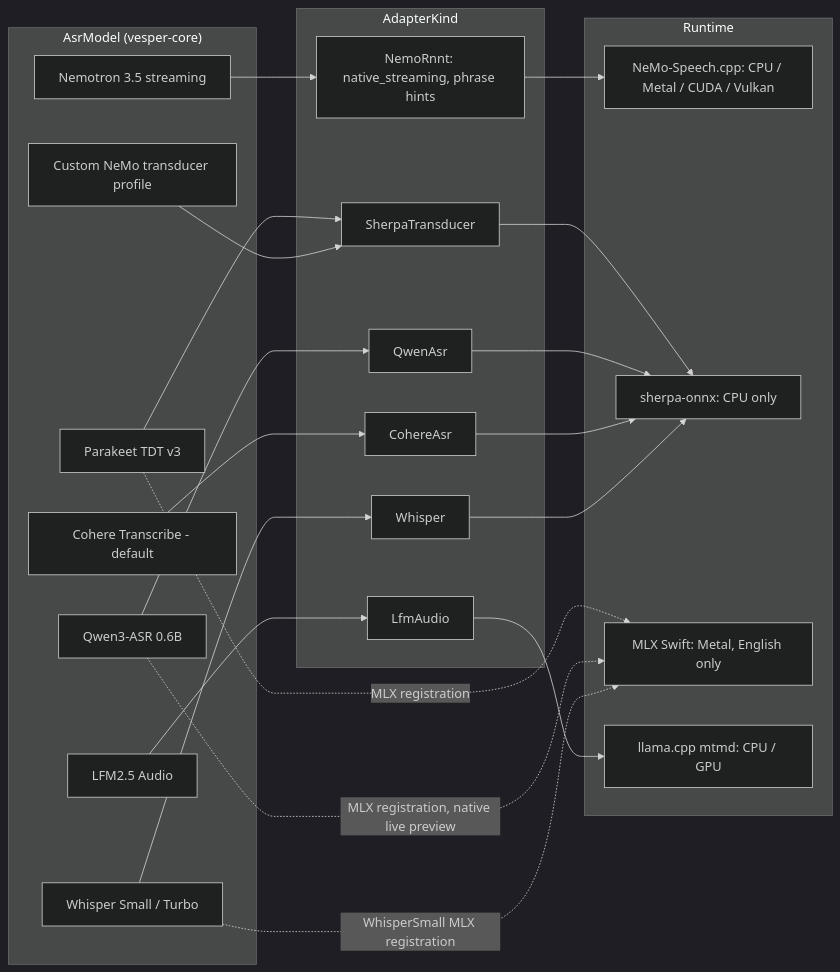
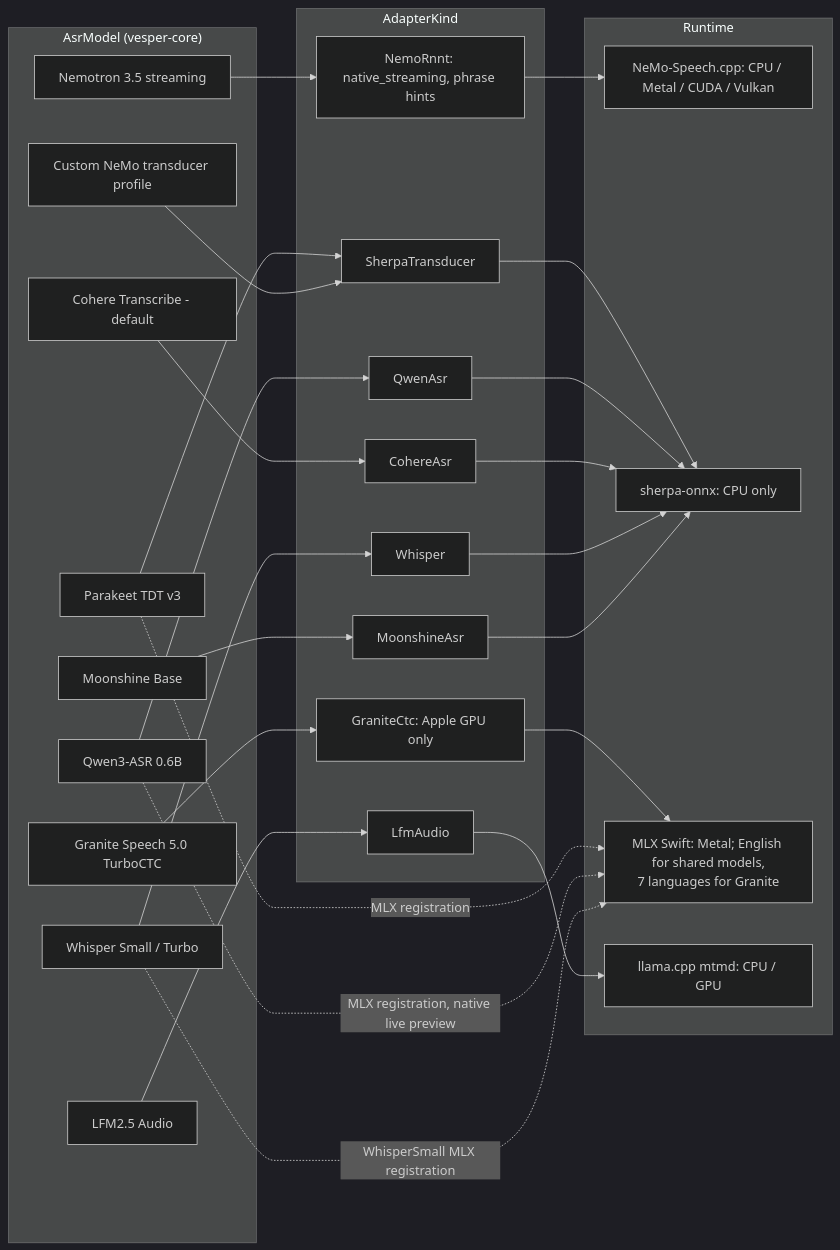
The fourth of 11 diagrams in docs/inference-architecture.md (rahulsharmavishwakarma/vesper), drawn with Mermaid (dark theme) before and after one commit. The commit also changed other lines of this file and 7 other files, not shown here.

First line of the commit message:
Document the Granite Speech 5.0 TurboCTC adapter and its qualification

````diff
--- a/docs/inference-architecture.md
+++ b/docs/inference-architecture.md
@@ -197,37 +197,43 @@
 ```mermaid
 flowchart LR
   subgraph Models["AsrModel (vesper-core)"]
     nem[Nemotron 3.5 streaming]
     par[Parakeet TDT v3]
     qwa[Qwen3-ASR 0.6B]
     coh[Cohere Transcribe - default]
     whi[Whisper Small / Turbo]
     lfm[LFM2.5 Audio]
+    moo[Moonshine Base]
+    gra[Granite Speech 5.0 TurboCTC]
     cus[Custom NeMo transducer profile]
   end
   subgraph Kinds["AdapterKind"]
     k1[NemoRnnt: native_streaming, phrase hints]
     k2[SherpaTransducer]
     k3[QwenAsr]
     k4[CohereAsr]
     k5[Whisper]
     k6[LfmAudio]
+    k7[MoonshineAsr]
+    k8[GraniteCtc: Apple GPU only]
   end
   subgraph Runtime["Runtime"]
     r1[NeMo-Speech.cpp: CPU / Metal / CUDA / Vulkan]
     r2[sherpa-onnx: CPU only]
-    r3[MLX Swift: Metal, English only]
+    r3[MLX Swift: Metal; English for shared models,<br/>7 languages for Granite]
     r4[llama.cpp mtmd: CPU / GPU]
   end
   nem --> k1 --> r1
   par --> k2
   cus --> k2
   qwa --> k3
   coh --> k4
   whi --> k5
-  k2 & k3 & k4 & k5 --> r2
+  moo --> k7
+  k2 & k3 & k4 & k5 & k7 --> r2
+  gra --> k8 --> r3
   par -. "MLX registration" .-> r3
   qwa -. "MLX registration, native live preview" .-> r3
   whi -. "WhisperSmall MLX registration" .-> r3
   lfm --> k6 --> r4
 ```
````
